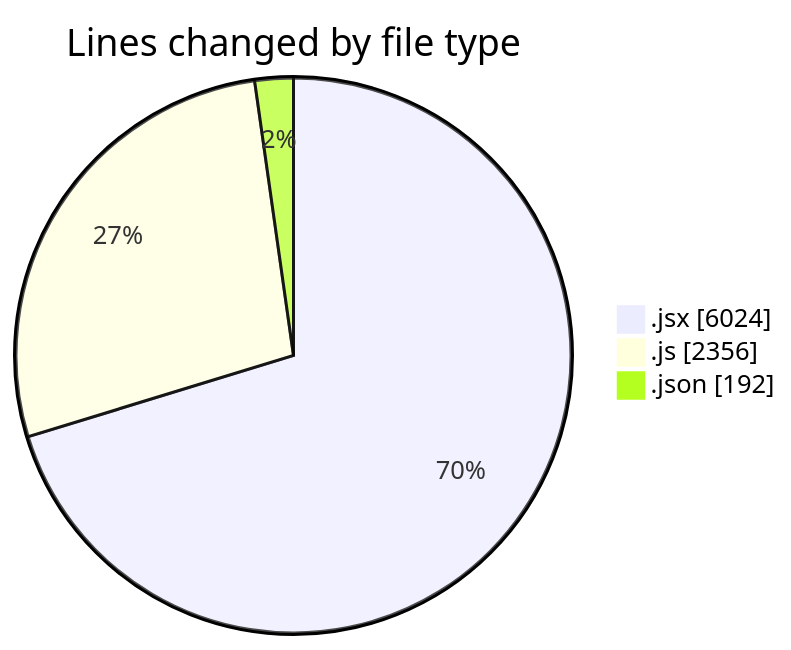
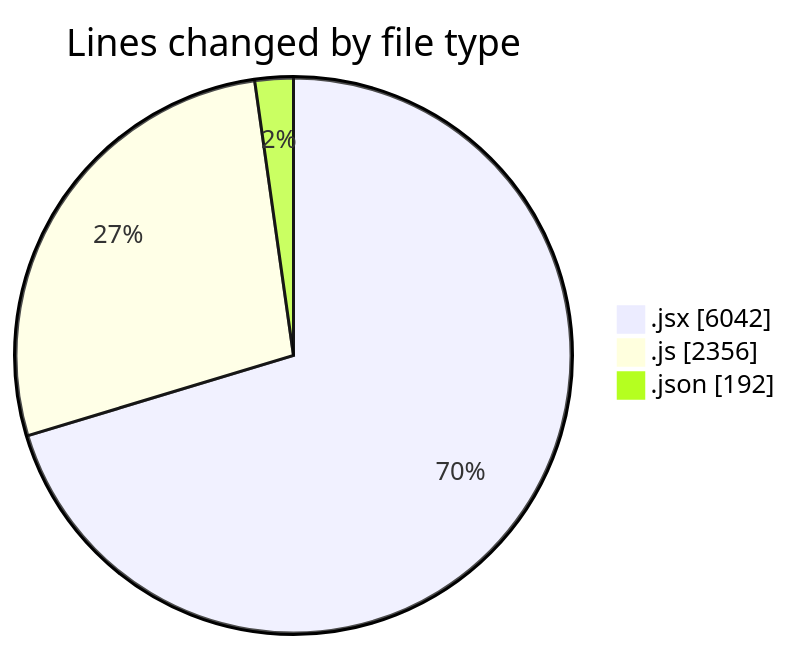
One commit to nxtqubesakshisongat/code-tracking changed the first of 2 diagrams in 2025-08-06/nxtqube_webapp/README.md. Above: the diagram before and after it, drawn with Mermaid. The commit also changed other lines of this file and 1 other file, not shown here.

````diff
--- a/2025-08-06/nxtqube_webapp/README.md
+++ b/2025-08-06/nxtqube_webapp/README.md
@@ -31,7 +31,7 @@
 ```mermaid
 pie showData
 title Lines changed by file type
-".jsx" : 6024
+".jsx" : 6042
 ".js" : 2356
 ".json" : 192
 ```
````
